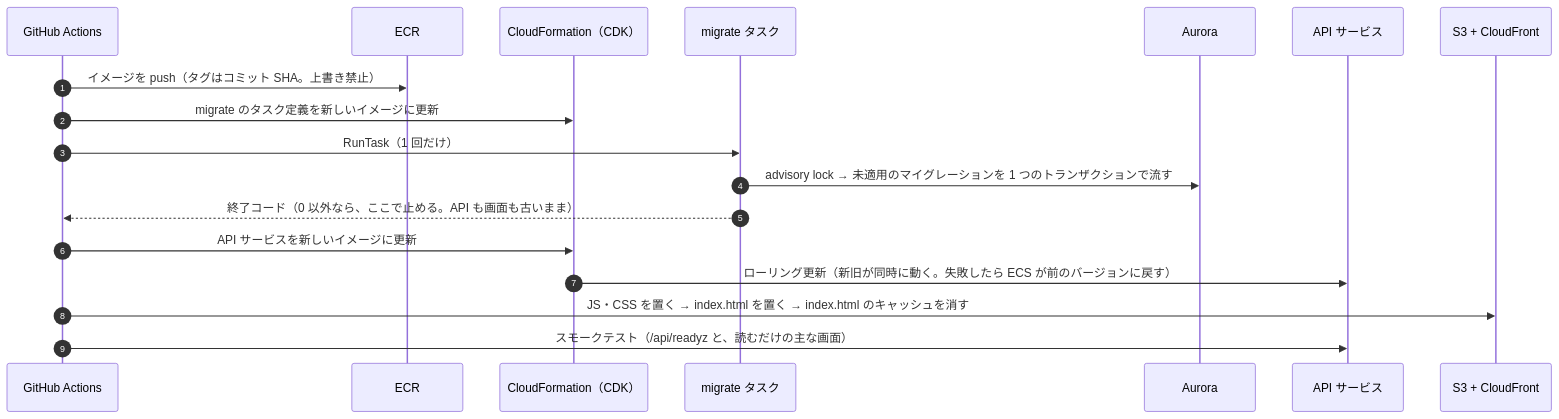
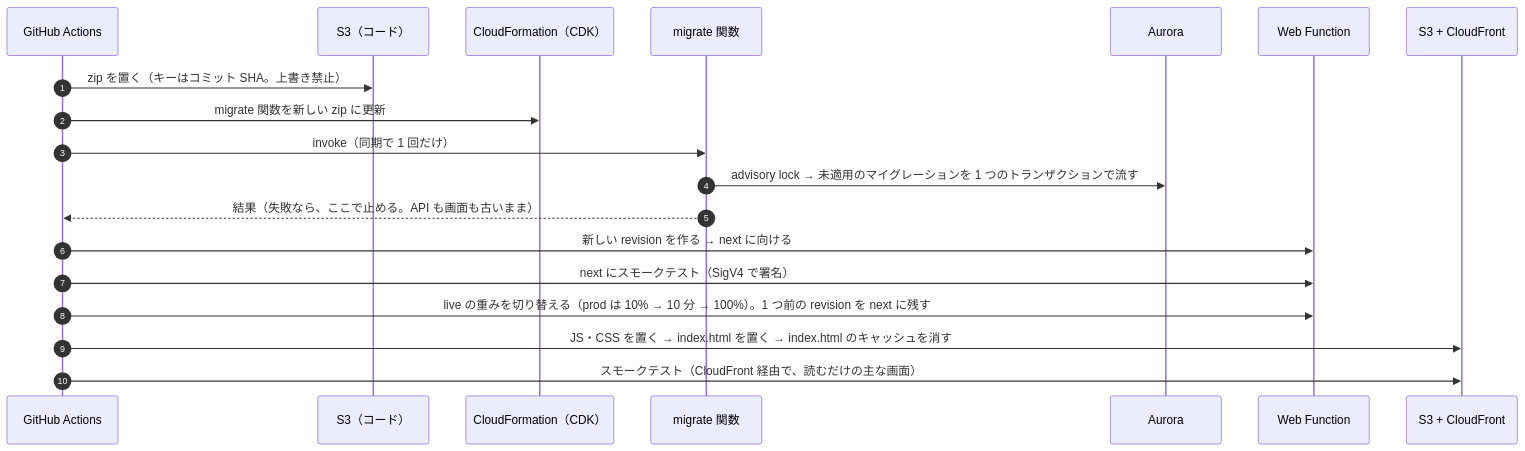
Before and after one commit to daisuke-awaji/pglite-drizzle-msw-sample: the first of 2 diagrams in docs/production.md, drawn with Mermaid. The commit also changed other lines of this file and 3 other files, not shown here.

First line of the commit message:
docs: 本番の API を Lambda Web Functions にし、制約に当たるものだけ Fargate にする

````diff
--- a/docs/production.md
+++ b/docs/production.md
@@ -137,20 +215,21 @@
 ```mermaid
 sequenceDiagram
   autonumber
   participant GH as GitHub Actions
-  participant ECR as ECR
+  participant S3 as S3（コード）
   participant CFN as CloudFormation（CDK）
-  participant MIG as migrate タスク
+  participant MIG as migrate 関数
   participant DB as Aurora
-  participant API as API サービス
+  participant WF as Web Function
   participant WEB as S3 + CloudFront
-  GH->>ECR: イメージを push（タグはコミット SHA。上書き禁止）
-  GH->>CFN: migrate のタスク定義を新しいイメージに更新
-  GH->>MIG: RunTask（1 回だけ）
+  GH->>S3: zip を置く（キーはコミット SHA。上書き禁止）
+  GH->>CFN: migrate 関数を新しい zip に更新
+  GH->>MIG: invoke（同期で 1 回だけ）
   MIG->>DB: advisory lock → 未適用のマイグレーションを 1 つのトランザクションで流す
-  MIG-->>GH: 終了コード（0 以外なら、ここで止める。API も画面も古いまま）
-  GH->>CFN: API サービスを新しいイメージに更新
-  CFN->>API: ローリング更新（新旧が同時に動く。失敗したら ECS が前のバージョンに戻す）
+  MIG-->>GH: 結果（失敗なら、ここで止める。API も画面も古いまま）
+  GH->>WF: 新しい revision を作る → next に向ける
+  GH->>WF: next にスモークテスト（SigV4 で署名）
+  GH->>WF: live の重みを切り替える（prod は 10% → 10 分 → 100%）。1 つ前の revision を next に残す
   GH->>WEB: JS・CSS を置く → index.html を置く → index.html のキャッシュを消す
-  GH->>API: スモークテスト（/api/readyz と、読むだけの主な画面）
+  GH->>WEB: スモークテスト（CloudFront 経由で、読むだけの主な画面）
 ```
````
